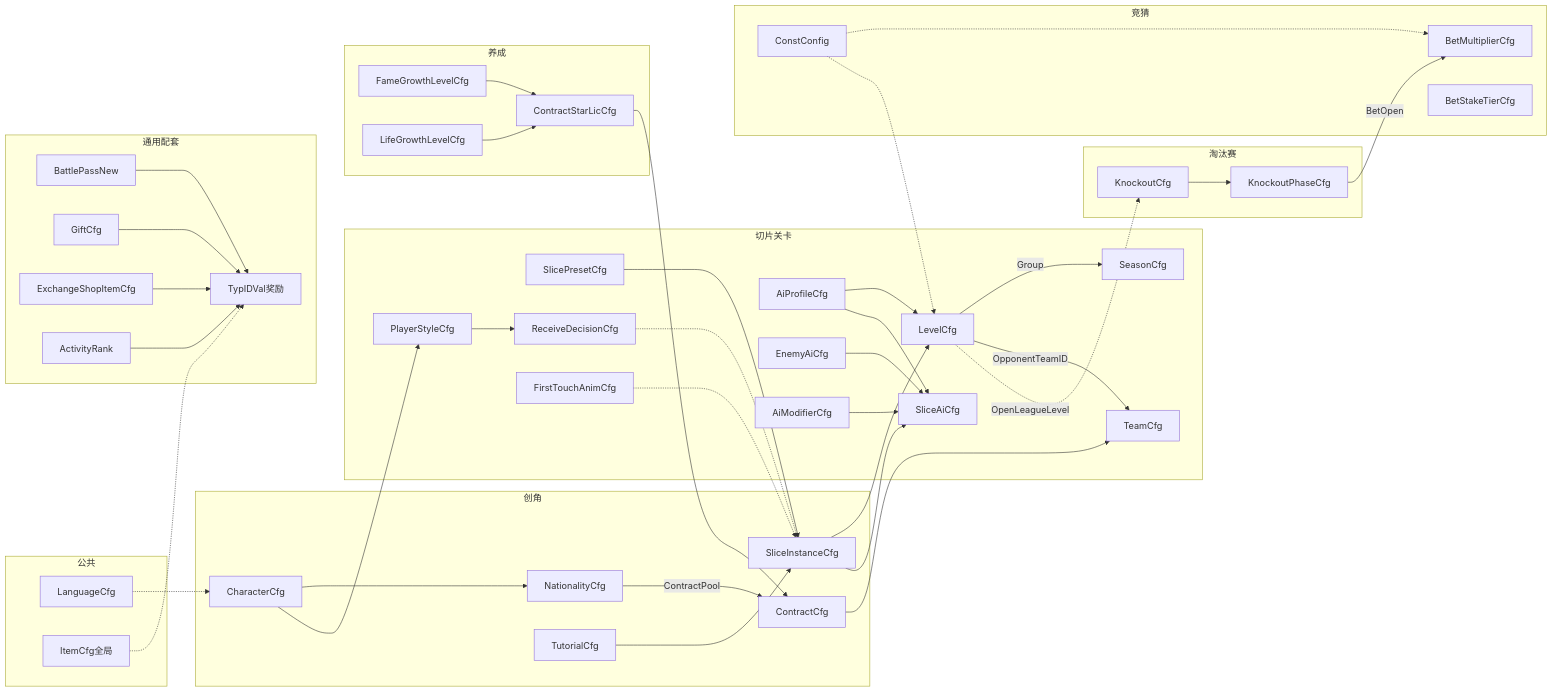
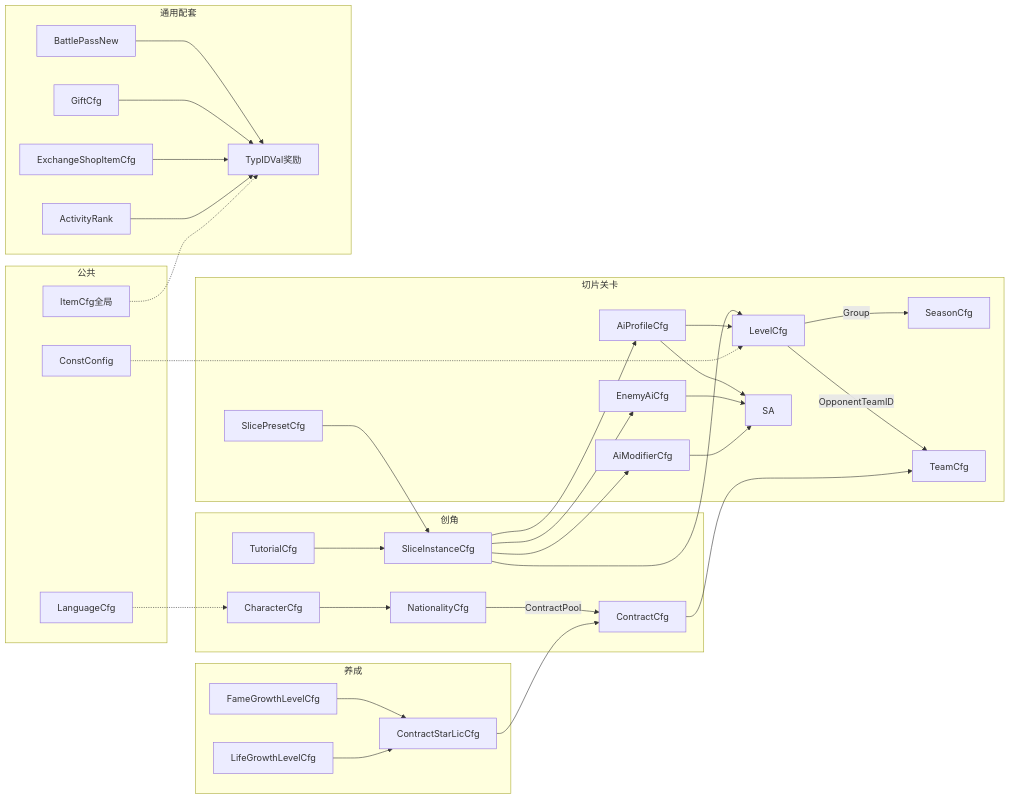
One commit to RehearsalTap4Fun/MindToDoc changed the diagram in output/2026世界杯主题活动-配置表结构.md. Above: the diagram before and after it, drawn with Mermaid. The commit also changed other lines of this file and 10 other files, not shown here.

````diff
--- a/output/2026世界杯主题活动-配置表结构.md
+++ b/output/2026世界杯主题活动-配置表结构.md
@@ -109,57 +106,46 @@
 ```mermaid
 flowchart LR
   subgraph 创角
     CH[CharacterCfg] --> NA[NationalityCfg]
     NA -->|ContractPool| CO[ContractCfg]
     TU[TutorialCfg] --> SI[SliceInstanceCfg]
   end
   subgraph 切片关卡
     SP[SlicePresetCfg] --> SI
     SI --> LV[LevelCfg]
-    SI --> SA[SliceAiCfg]
-    CH --> PS[PlayerStyleCfg]
-    PS --> RD[ReceiveDecisionCfg]
-    RD -.-> SI
-    FT[FirstTouchAnimCfg] -.-> SI
+    SI --> AP[AiProfileCfg]
+    SI --> EA[EnemyAiCfg]
+    SI --> AM[AiModifierCfg]
     AP[AiProfileCfg] --> LV
     AP --> SA
     EA[EnemyAiCfg] --> SA
     AM[AiModifierCfg] --> SA
     LV -->|Group| SE[SeasonCfg]
     LV -->|OpponentTeamID| TM[TeamCfg]
   end
   subgraph 养成
     FG[FameGrowthLevelCfg] --> CS[ContractStarLicCfg]
     LG[LifeGrowthLevelCfg] --> CS
     CS --> CO
     CO --> TM
-  end
-  subgraph 淘汰赛
-    KO[KnockoutCfg] --> KPH[KnockoutPhaseCfg]
-    LV -.->|OpenLeagueLevel| KO
-  end
-  subgraph 竞猜
-    KPH -->|BetOpen| BM[BetMultiplierCfg]
-    ST[BetStakeTierCfg]
-    CC -.-> BM
   end
   subgraph 通用配套
     BP[BattlePassNew]
     GF[GiftCfg]
     EX[ExchangeShopItemCfg]
     RK[ActivityRank]
     RWD[TypIDVal奖励]
     BP --> RWD
     GF --> RWD
     EX --> RWD
     RK --> RWD
   end
   subgraph 公共
     CC[ConstConfig]
     LC[LanguageCfg]
     IT[ItemCfg全局]
     CC -.-> LV
     LC -.-> CH
     IT -.-> RWD
   end
 ```
````
